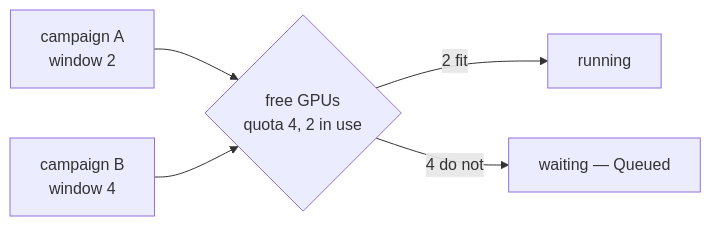
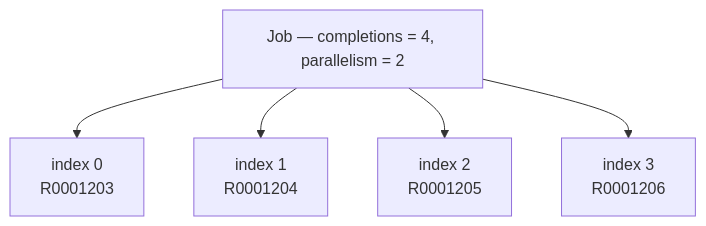
One commit to AI-Riksarkivet/htrflow-batch changed the diagram in docs/slides/assets/part-1-from-one-folder-to-the-archive-5.mmd. Above: the diagram before and after it, drawn with Mermaid. The commit also changed 20 other files, not shown here.

```diff
--- a/docs/slides/assets/part-1-from-one-folder-to-the-archive-5.mmd
+++ b/docs/slides/assets/part-1-from-one-folder-to-the-archive-5.mmd
@@ -1,10 +1,7 @@
-flowchart LR
-  A["campaign A<br/>window 2"]
-  Bq["campaign B<br/>window 4"]
-  Q{"free GPUs<br/>quota 4, 2 in use"}
-  R["running"]
-  W["waiting — Queued"]
-  A --> Q
-  Bq --> Q
-  Q -->|"2 fit"| R
-  Q -->|"4 do not"| W
+flowchart TB
+  J["Job — completions = 4, parallelism = 2"]
+  A["index 0<br/>R0001203"]
+  Bx["index 1<br/>R0001204"]
+  C["index 2<br/>R0001205"]
+  D["index 3<br/>R0001206"]
+  J --> A & Bx & C & D
```
